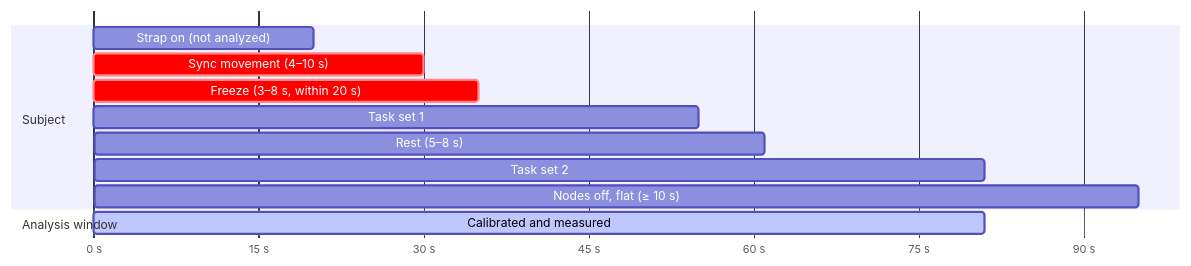
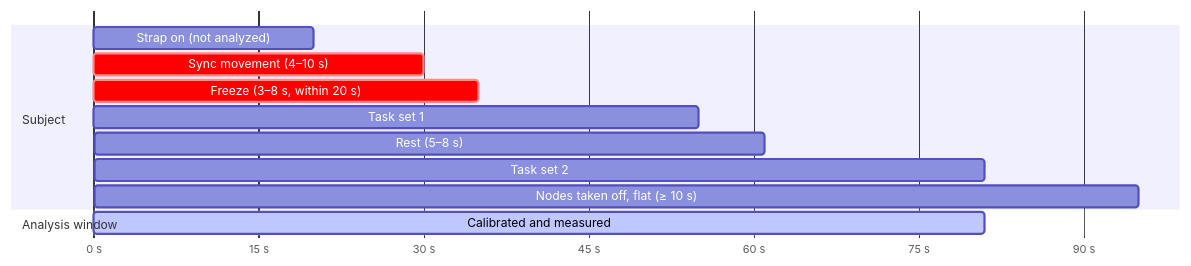
The third of 3 diagrams in docs/SOP.md (Jamie215/HULC_motionshirt), drawn with Mermaid before and after one commit. The commit also changed other lines of this file and 1 other file, not shown here.

First line of the commit message:
Docs: nodes have no power switch; why each block re-syncs

````diff
--- a/docs/SOP.md
+++ b/docs/SOP.md
@@ -431,15 +431,15 @@
 ```mermaid
 gantt
     dateFormat X
     axisFormat %s s
     section Subject
     Strap on (not analyzed)       :a1, 0, 20
     Sync movement (4–10 s)        :crit, a2, 20, 30
     Freeze (3–8 s, within 20 s)   :crit, a3, 30, 35
     Task set 1                    :a4, 35, 55
     Rest (5–8 s)                  :a5, 55, 61
     Task set 2                    :a6, 61, 81
-    Nodes off, flat (≥ 10 s)      :a7, 81, 95
+    Nodes taken off, flat (≥ 10 s) :a7, 81, 95
     section Analysis window
     Calibrated and measured       :active, b1, 30, 81
 ```
````
